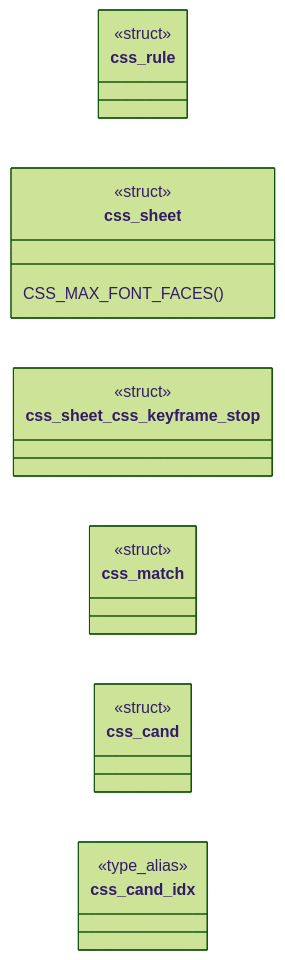
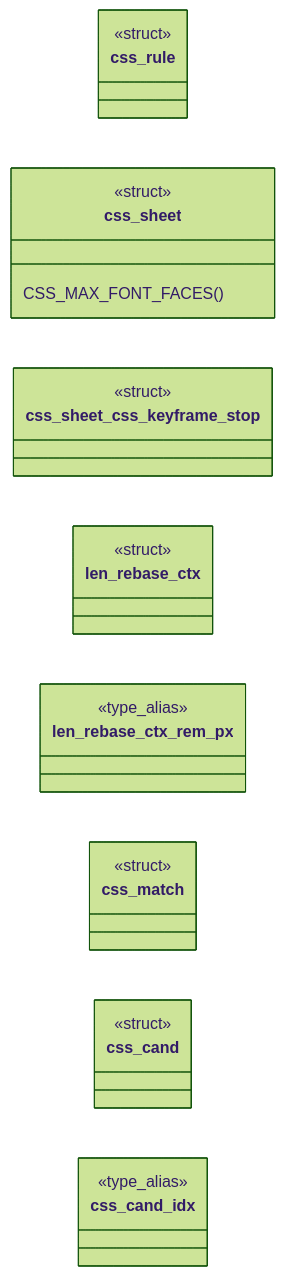
One commit to grisuno/FreeDom changed the first of 2 diagrams in readmenator-apidocs/modules/src.css.c.md. Above: the diagram before and after it, drawn with Mermaid (forest theme). The commit also changed other lines of this file and 323 other files, not shown here.

````diff
--- a/readmenator-apidocs/modules/src.css.c.md
+++ b/readmenator-apidocs/modules/src.css.c.md
@@ -13,17 +13,21 @@
 ```mermaid
 classDiagram
     direction LR
     class css_rule
     <<struct>> css_rule
     class css_sheet
     <<struct>> css_sheet
     css_sheet : CSS_MAX_FONT_FACES()
     class css_sheet_css_keyframe_stop
     <<struct>> css_sheet_css_keyframe_stop
+    class len_rebase_ctx
+    <<struct>> len_rebase_ctx
+    class len_rebase_ctx_rem_px
+    <<type_alias>> len_rebase_ctx_rem_px
     class css_match
     <<struct>> css_match
     class css_cand
     <<struct>> css_cand
     class css_cand_idx
     <<type_alias>> css_cand_idx
 ```
````
